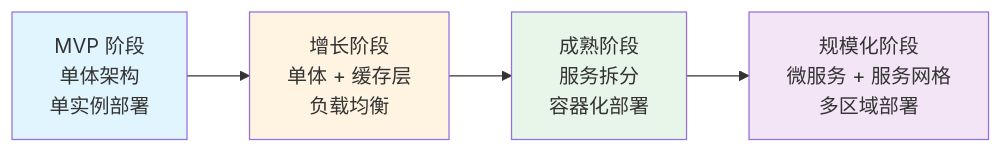
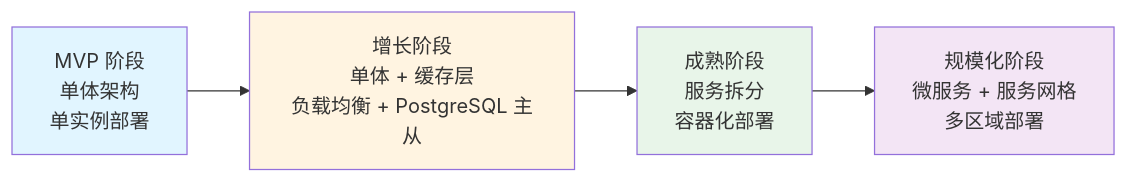
The fourth of 4 diagrams in document-qa-system/docs/SAD.md (zhangjian24/llm), drawn with Mermaid before and after one commit. The commit also changed other lines of this file, not shown here.

First line of the commit message:
feat(storage): 更换向量存储为PostgreSQL+pgvector

````diff
--- a/document-qa-system/docs/SAD.md
+++ b/document-qa-system/docs/SAD.md
@@ -670,11 +768,11 @@
 ```mermaid
 graph LR
-    A[MVP 阶段<br/>单体架构<br/>单实例部署] --> B[增长阶段<br/>单体 + 缓存层<br/>负载均衡]
+    A[MVP 阶段<br/>单体架构<br/>单实例部署] --> B[增长阶段<br/>单体 + 缓存层<br/>负载均衡 + PostgreSQL 主从]
     B --> C[成熟阶段<br/>服务拆分<br/>容器化部署]
     C --> D[规模化阶段<br/>微服务 + 服务网格<br/>多区域部署]
     
     style A fill:#e1f5ff
     style B fill:#fff4e1
     style C fill:#e8f5e9
     style D fill:#f3e5f5
 ```
````
